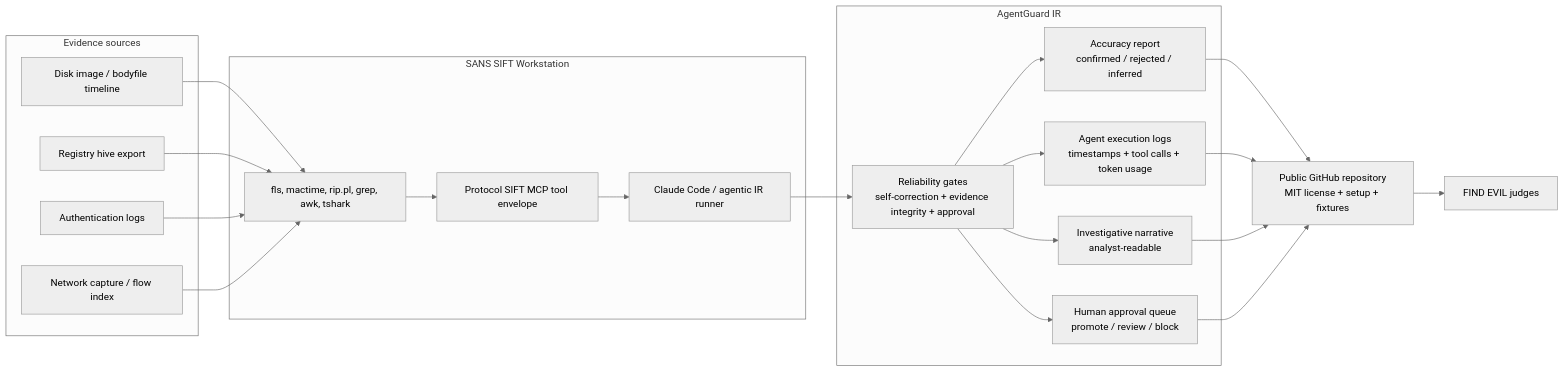
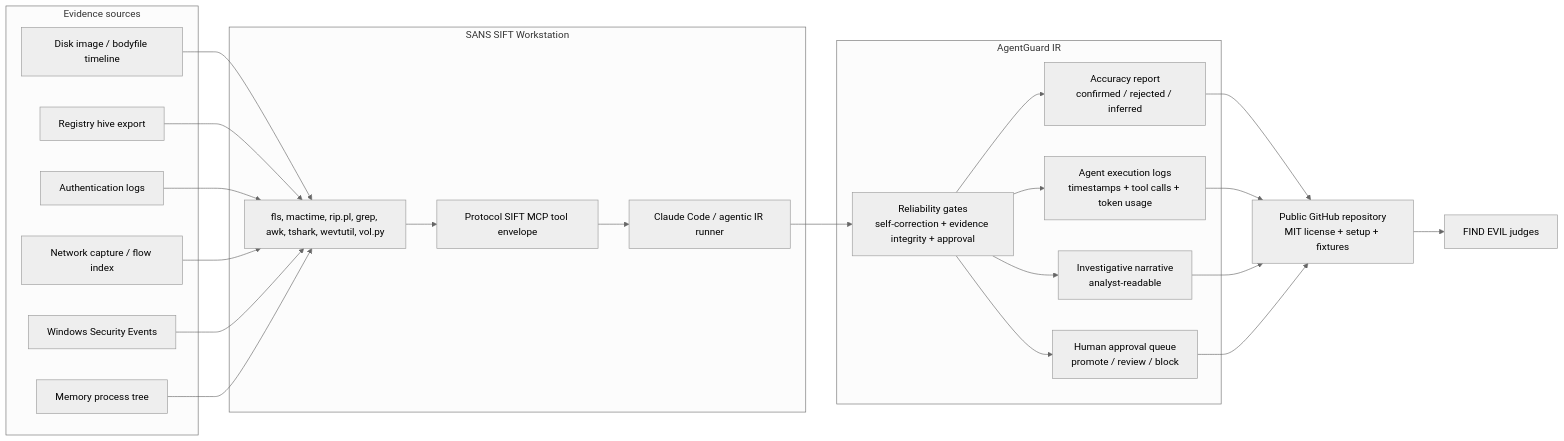
The diagram in architecture_diagram_sans.md (baiqidi/agentguard-ci), drawn with Mermaid (neutral theme) before and after one commit. The commit also changed other lines of this file and 18 other files, not shown here.

````diff
--- a/architecture_diagram_sans.md
+++ b/architecture_diagram_sans.md
@@ -5,43 +5,47 @@
 ```mermaid
 flowchart LR
     subgraph Evidence["Evidence sources"]
         Disk["Disk image / bodyfile timeline"]
         Registry["Registry hive export"]
         Auth["Authentication logs"]
         Pcap["Network capture / flow index"]
+        WinEvent["Windows Security Events"]
+        Memory["Memory process tree"]
     end
 
     subgraph SIFT["SANS SIFT Workstation"]
-        Tools["fls, mactime, rip.pl, grep, awk, tshark"]
+        Tools["fls, mactime, rip.pl, grep, awk, tshark, wevtutil, vol.py"]
         MCP["Protocol SIFT MCP tool envelope"]
         Agent["Claude Code / agentic IR runner"]
     end
 
     subgraph Guard["AgentGuard IR"]
         Gate["Reliability gates\nself-correction + evidence integrity + approval"]
         Accuracy["Accuracy report\nconfirmed / rejected / inferred"]
         Logs["Agent execution logs\ntimestamps + tool calls + token usage"]
         Narrative["Investigative narrative\nanalyst-readable"]
         Review["Human approval queue\npromote / review / block"]
     end
 
     Repo["Public GitHub repository\nMIT license + setup + fixtures"]
     Judge["FIND EVIL judges"]
 
     Disk --> Tools
     Registry --> Tools
     Auth --> Tools
     Pcap --> Tools
+    WinEvent --> Tools
+    Memory --> Tools
     Tools --> MCP
     MCP --> Agent
     Agent --> Gate
     Gate --> Accuracy
     Gate --> Logs
     Gate --> Narrative
     Gate --> Review
     Accuracy --> Repo
     Logs --> Repo
     Narrative --> Repo
     Review --> Repo
     Repo --> Judge
 ```
````
